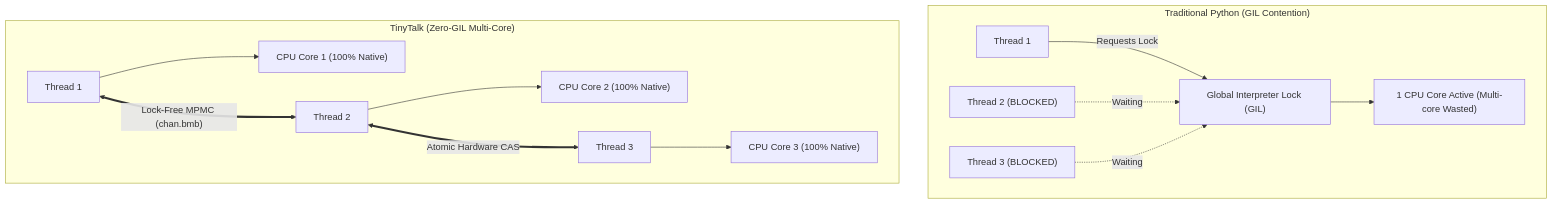
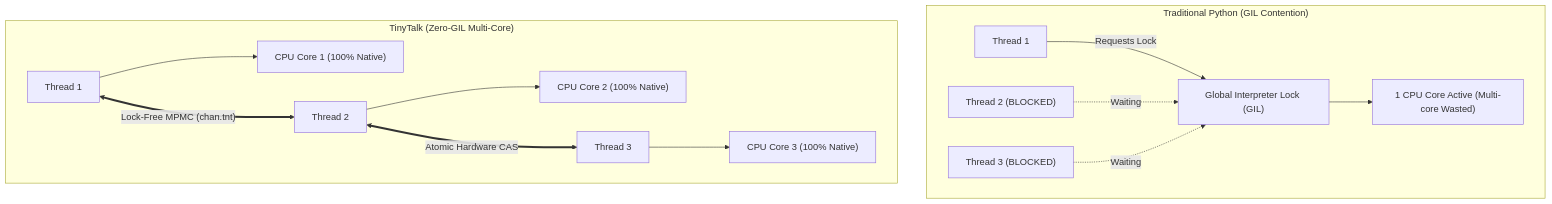
The second of 3 diagrams in README.md (kicode01/blackmamba-lang), drawn with Mermaid before and after one commit. The commit also changed other lines of this file and 1 other file, not shown here.

First line of the commit message:
docs(readme): Reconstruct comprehensive README for TinyTalk (.tnt)

````diff
--- a/README.md
+++ b/README.md
@@ -172,17 +188,17 @@
 ```mermaid
 flowchart TD
     subgraph CPython["Traditional Python (GIL Contention)"]
         T1["Thread 1"] -->|Requests Lock| GIL["Global Interpreter Lock (GIL)"]
         T2["Thread 2 (BLOCKED)"] -.->|Waiting| GIL
         T3["Thread 3 (BLOCKED)"] -.->|Waiting| GIL
         GIL --> CPU1["1 CPU Core Active (Multi-core Wasted)"]
     end
 
     subgraph TinyTalk["TinyTalk (Zero-GIL Multi-Core)"]
         M1["Thread 1"] --> Core1["CPU Core 1 (100% Native)"]
         M2["Thread 2"] --> Core2["CPU Core 2 (100% Native)"]
         M3["Thread 3"] --> Core3["CPU Core 3 (100% Native)"]
-        M1 <==>|"Lock-Free MPMC (chan.bmb)"| M2
+        M1 <==>|"Lock-Free MPMC (chan.tnt)"| M2
         M2 <==>|"Atomic Hardware CAS"| M3
     end
 ```
````
